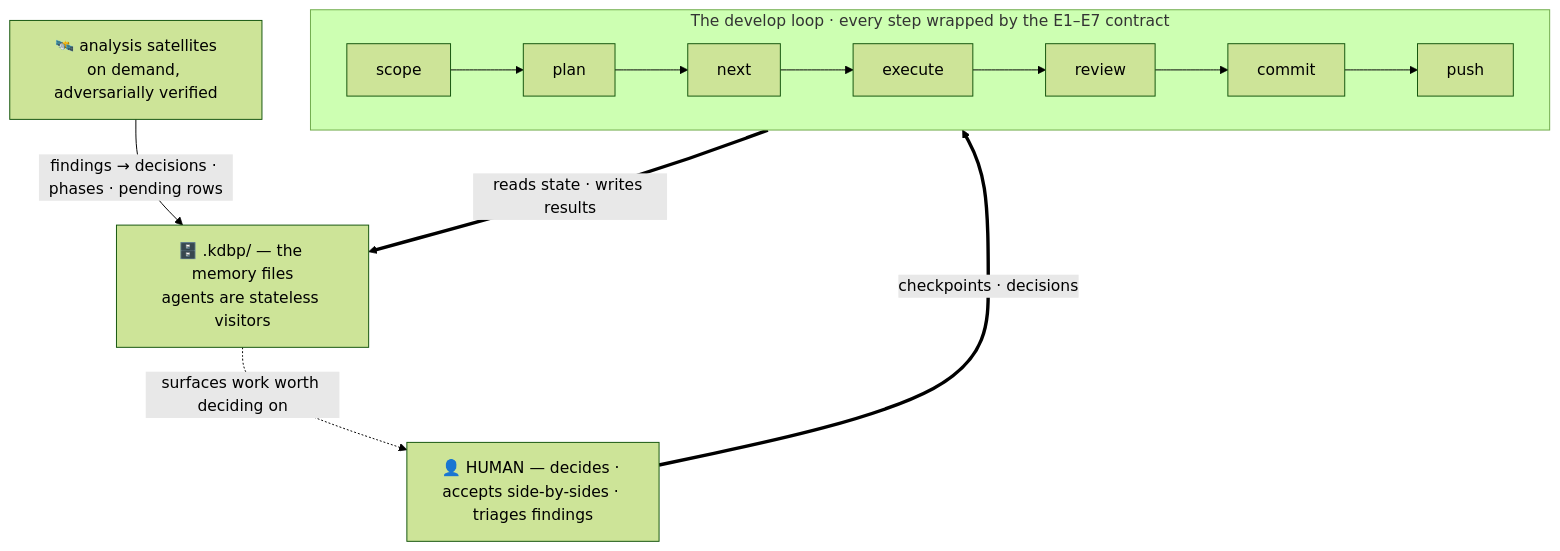
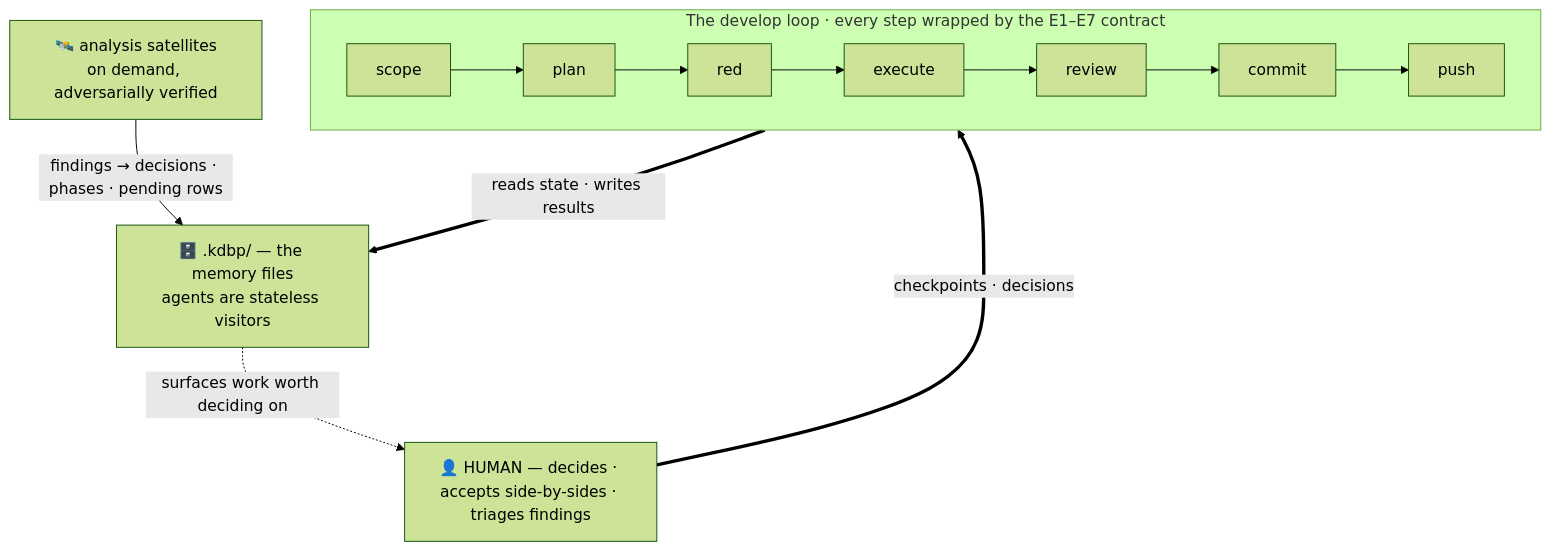
Before and after one commit to Brownbull/gabe-suite: the diagram in docs/src/hub.md, drawn with Mermaid (forest theme). The commit also changed other lines of this file and 39 other files, not shown here.

First line of the commit message:
docs(site): re-architect the docs site around verification-first + wire the map and pain-point memes

````diff
--- a/docs/src/hub.md
+++ b/docs/src/hub.md
@@ -7,14 +7,14 @@
 ```mermaid
 flowchart TD
   H["👤 HUMAN — decides · accepts side-by-sides · triages findings"]
   subgraph LOOP["The develop loop · every step wrapped by the E1–E7 contract"]
     direction LR
-    SC["scope"] --> PL["plan"] --> NX["next"] --> EX["execute"] --> RV["review"] --> CM["commit"] --> PU["push"]
+    SC["scope"] --> PL["plan"] --> RD["red"] --> EX["execute"] --> RV["review"] --> CM["commit"] --> PU["push"]
   end
   KDBP["🗄️ .kdbp/ — the memory files<br>agents are stateless visitors"]
   SAT["🛰️ analysis satellites<br>on demand, adversarially verified"]
   H ==>|checkpoints · decisions| LOOP
   LOOP ==>|reads state · writes results| KDBP
   SAT -->|findings → decisions · phases · pending rows| KDBP
   KDBP -.->|surfaces work worth deciding on| H
 ```
````
